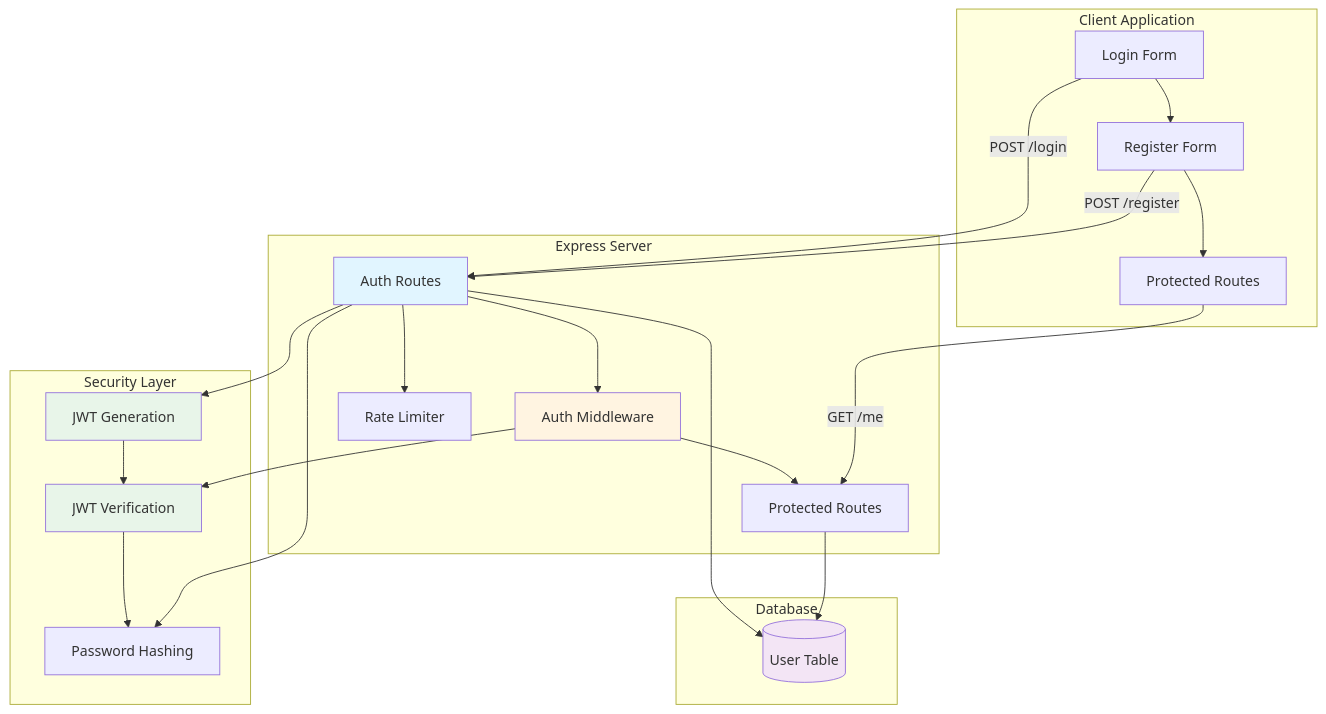
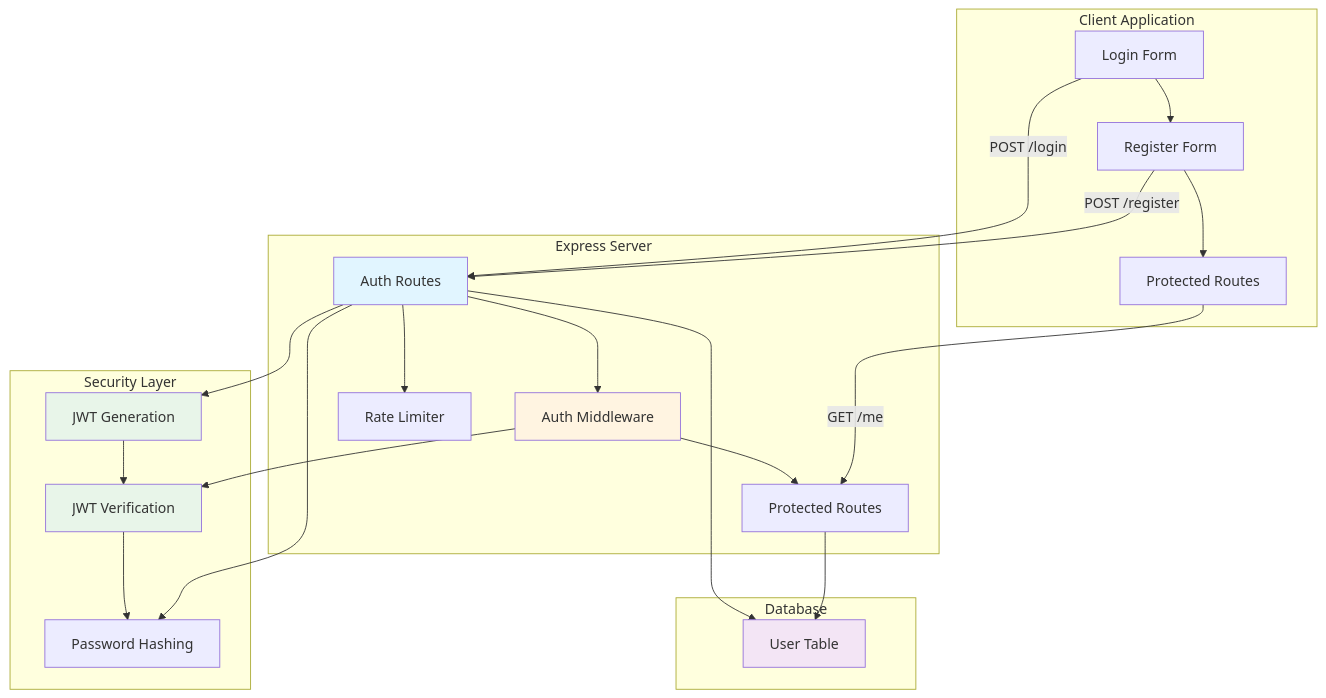
The sixth of 6 diagrams in level-04-authentication-security/lesson-01-jwt-authentication-ENHANCED-EXAMPLE.md (N-Dave-08/fs-course-backend), drawn with Mermaid before and after one commit. The commit also changed other lines of this file and 18 other files, not shown here.

````diff
--- a/level-04-authentication-security/lesson-01-jwt-authentication-ENHANCED-EXAMPLE.md
+++ b/level-04-authentication-security/lesson-01-jwt-authentication-ENHANCED-EXAMPLE.md
@@ -802,37 +802,37 @@
 ```mermaid
 graph TB
     subgraph Client["Client Application"]
         A[Login Form] --> B[Register Form]
         B --> C[Protected Routes]
     end
     
     subgraph Server["Express Server"]
         D[Auth Routes] --> E[Auth Middleware]
         E --> F[Protected Routes]
         D --> G[Rate Limiter]
     end
     
     subgraph Security["Security Layer"]
         H[JWT Generation] --> I[JWT Verification]
         I --> J[Password Hashing]
     end
     
     subgraph Database["Database"]
-        K[(User Table)]
+        K[User Table]
     end
     
     A -->|POST /login| D
     B -->|POST /register| D
     C -->|GET /me| F
     D --> H
     E --> I
     D --> J
     D --> K
     F --> K
     
     style D fill:#e1f5ff
     style E fill:#fff4e1
     style H fill:#e8f5e9
     style I fill:#e8f5e9
     style K fill:#f3e5f5
 ```
````
